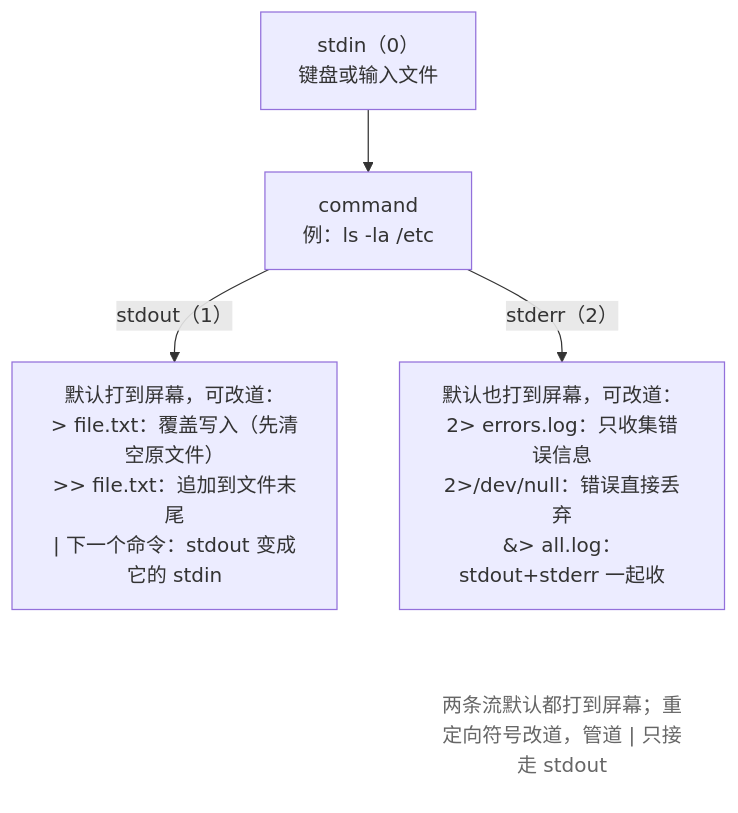
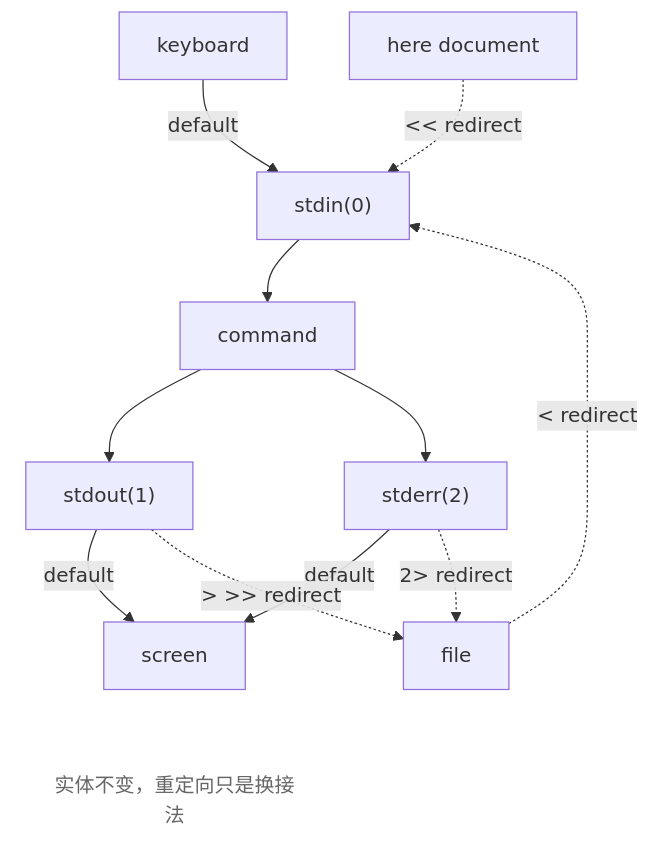
Before and after one commit to wangxiangnan/wangxiangnan.github.io: the second of 3 diagrams in src/linux-command/ch06.md, drawn with Mermaid. The commit also changed other lines of this file and 25 other files, not shown here.

````diff
--- a/src/linux-command/ch06.md
+++ b/src/linux-command/ch06.md
@@ -69,12 +69,19 @@
 ```mermaid
 flowchart TB
-    I["stdin（0）<br>键盘或输入文件"] --> C["command<br>例：ls -la /etc"]
-    C -->|stdout（1）| O["默认打到屏幕，可改道：<br>> file.txt：覆盖写入（先清空原文件）<br>>> file.txt：追加到文件末尾<br>| 下一个命令：stdout 变成它的 stdin"]
-    C -->|stderr（2）| E["默认也打到屏幕，可改道：<br>2> errors.log：只收集错误信息<br>2>/dev/null：错误直接丢弃<br>&amp;> all.log：stdout+stderr 一起收"]
-    N["两条流默认都打到屏幕；重定向符号改道，管道 | 只接走 stdout"]
+    K["keyboard"] -->|"default"| I["stdin(0)"]
+    HD["here document"] -.->|"&lt;&lt; redirect"| I
+    F["file"] -.->|"&lt; redirect"| I
+    I --> C["command"]
+    C --> O["stdout(1)"]
+    C --> E["stderr(2)"]
+    O -->|"default"| S["screen"]
+    E -->|"default"| S
+    O -.->|"&gt; &gt;&gt; redirect"| F
+    E -.->|"2&gt; redirect"| F
+    N["实体不变，重定向只是换接法"]
 
-    E ~~~ N
+    S ~~~ N
 
     classDef note fill:none,stroke:none,color:#666
     class N note
 ```
````
